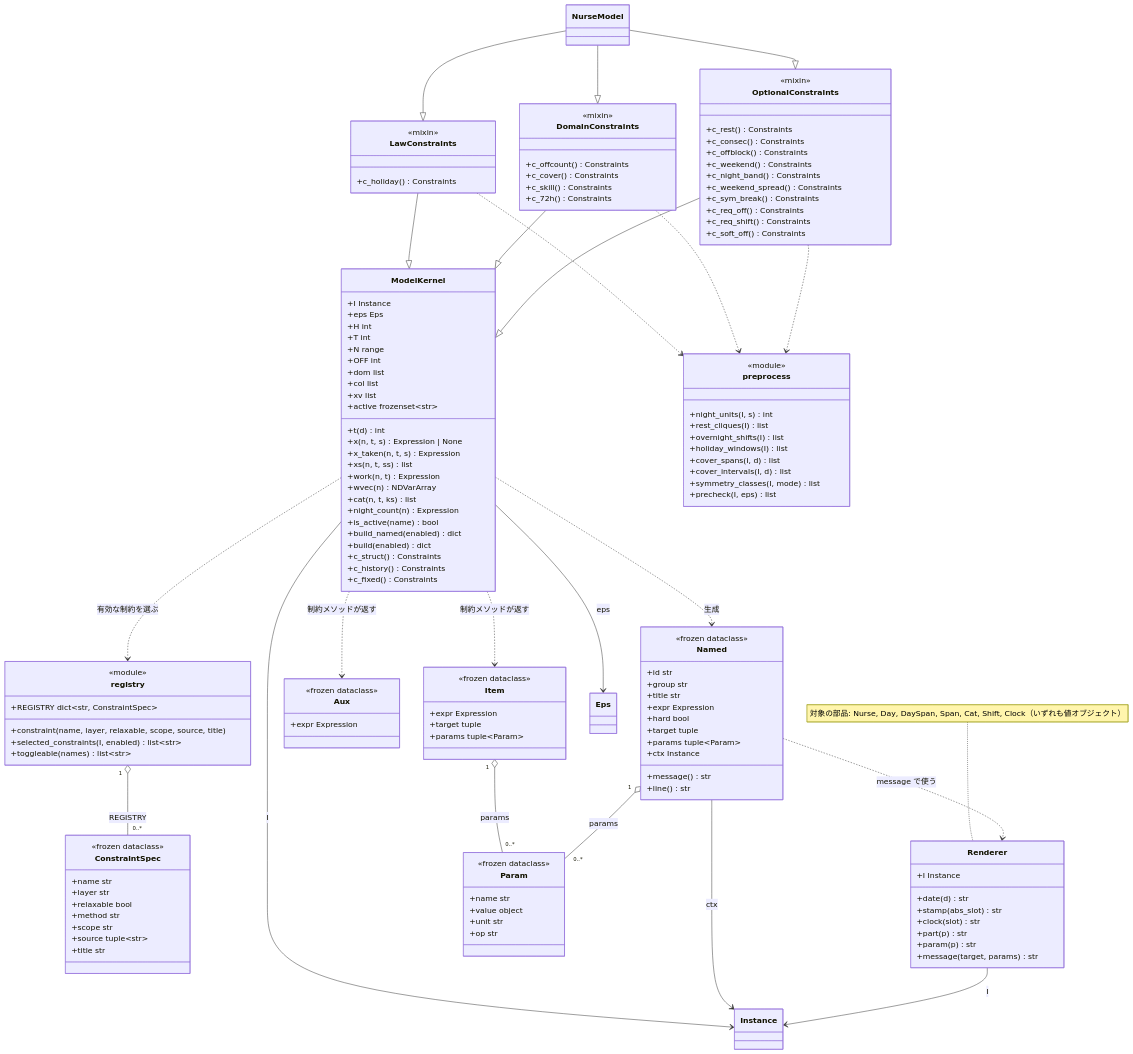
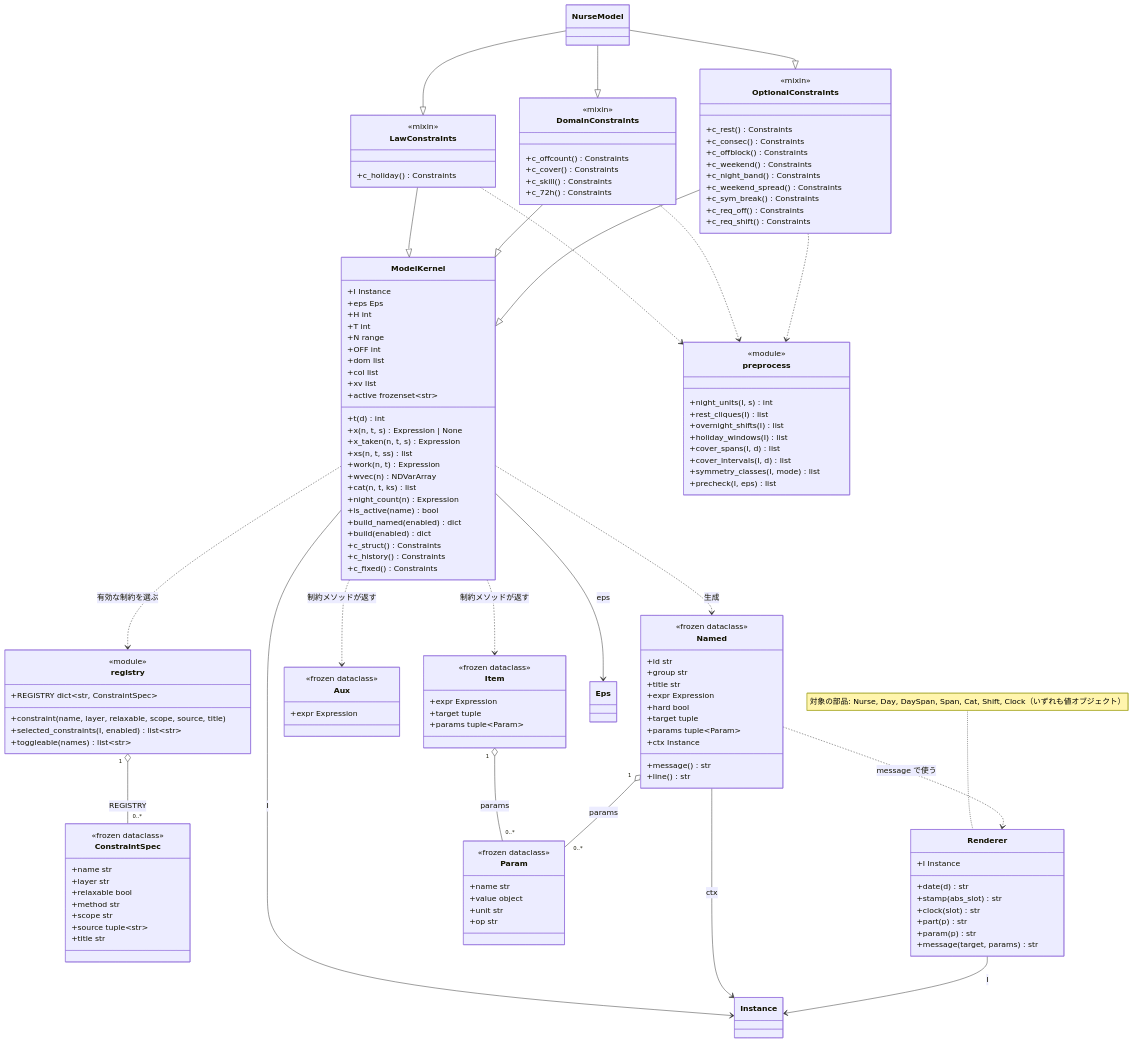
One commit to Axtsukun/nurse-scheduling changed the third of 5 diagrams in docs/design/class-diagram.md. Above: the diagram before and after it, drawn with Mermaid. The commit also changed other lines of this file and 11 other files, not shown here.

First line of the commit message:
refactor: 希望休（soft_off）を休み要望（req_off）に統合し、要望の許容を割合に一本化

```diff
--- a/docs/design/class-diagram.md
+++ b/docs/design/class-diagram.md
@@ -267,7 +265,6 @@
         +c_sym_break() Constraints
         +c_req_off() Constraints
         +c_req_shift() Constraints
-        +c_soft_off() Constraints
     }
     class NurseModel
     class registry {
```
